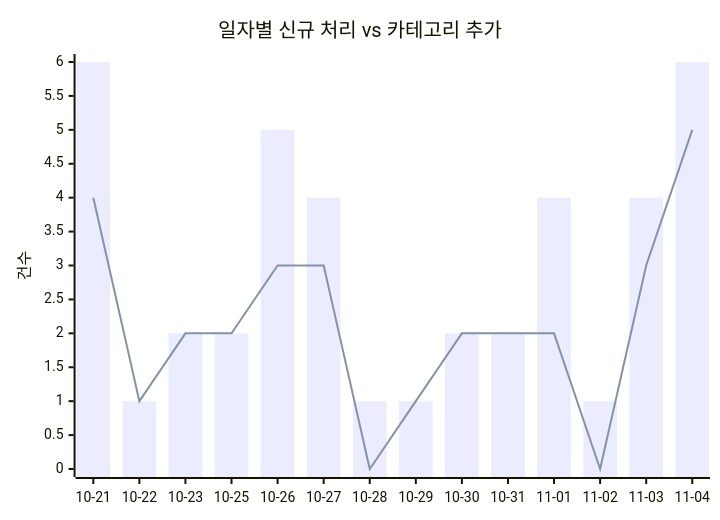
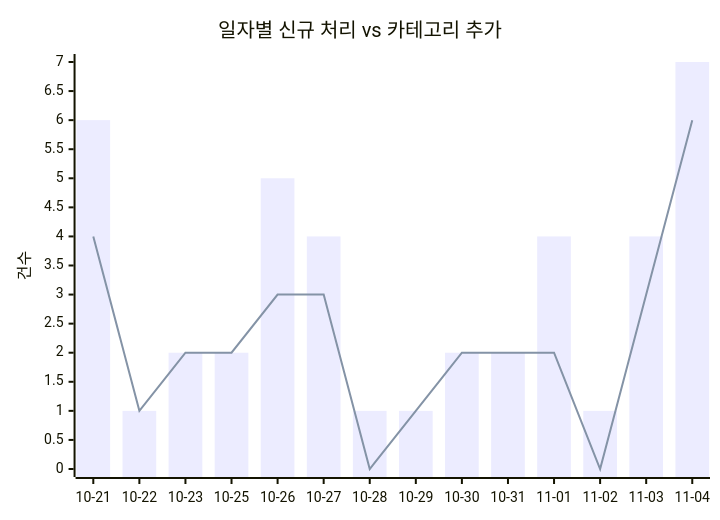
Before and after one commit to J-nowcow/awesome-korean-agent-skills: the first of 2 diagrams in docs/trends.md, drawn with Mermaid. The commit also changed other lines of this file and 4 other files, not shown here.

````diff
--- a/docs/trends.md
+++ b/docs/trends.md
@@ -32,8 +32,8 @@
 ```mermaid
 xychart-beta
     title "일자별 신규 처리 vs 카테고리 추가"
     x-axis ["10-21","10-22","10-23","10-25","10-26","10-27","10-28","10-29","10-30","10-31","11-01","11-02","11-03","11-04"]
     y-axis "건수"
-    bar [6,1,2,2,5,4,1,1,2,2,4,1,4,6]
-    line [4,1,2,2,3,3,0,1,2,2,2,0,3,5]
+    bar [6,1,2,2,5,4,1,1,2,2,4,1,4,7]
+    line [4,1,2,2,3,3,0,1,2,2,2,0,3,6]
 ```
````
